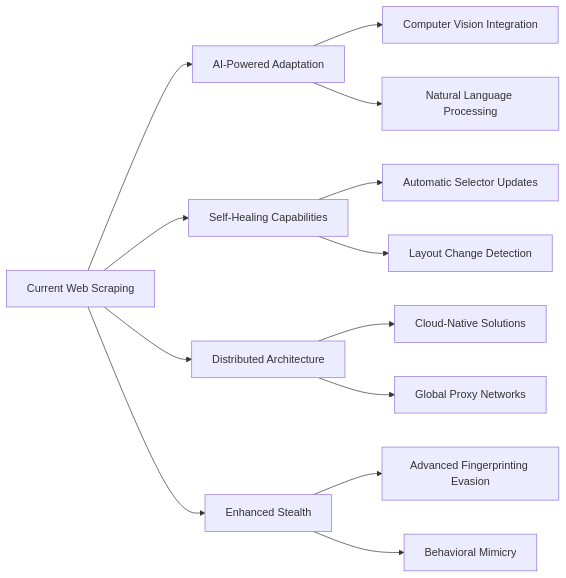
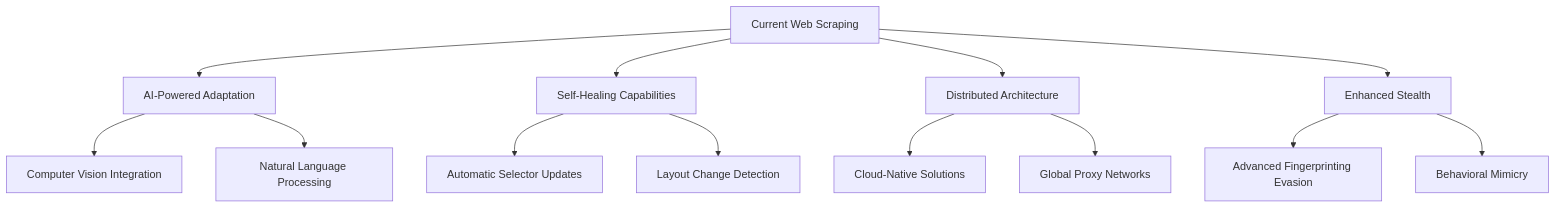
Before and after one commit to bytetunnels/bytetunnels.github.com: the third of 3 diagrams in _posts/2025-04-27-evolution-of-web-scraping-from-then-to-now.md, drawn with Mermaid. The commit also changed 25 other files, not shown here.

Commit message:
chore: fixed mermaid charts

````diff
--- a/_posts/2025-04-27-evolution-of-web-scraping-from-then-to-now.md
+++ b/_posts/2025-04-27-evolution-of-web-scraping-from-then-to-now.md
@@ -280,19 +280,21 @@
 ```mermaid
-graph LR
-    A[Current Web Scraping] --> B[AI-Powered Adaptation]
+graph TD
+    A[Current Web Scraping]
+
+    A --> B[AI-Powered Adaptation]
     A --> C[Self-Healing Capabilities]
     A --> D[Distributed Architecture]
     A --> E[Enhanced Stealth]
-    
+
     B --> F[Computer Vision Integration]
     B --> G[Natural Language Processing]
-    
+
     C --> H[Automatic Selector Updates]
     C --> I[Layout Change Detection]
-    
+
     D --> J[Cloud-Native Solutions]
     D --> K[Global Proxy Networks]
-    
+
     E --> L[Advanced Fingerprinting Evasion]
     E --> M[Behavioral Mimicry]
 ```
````
